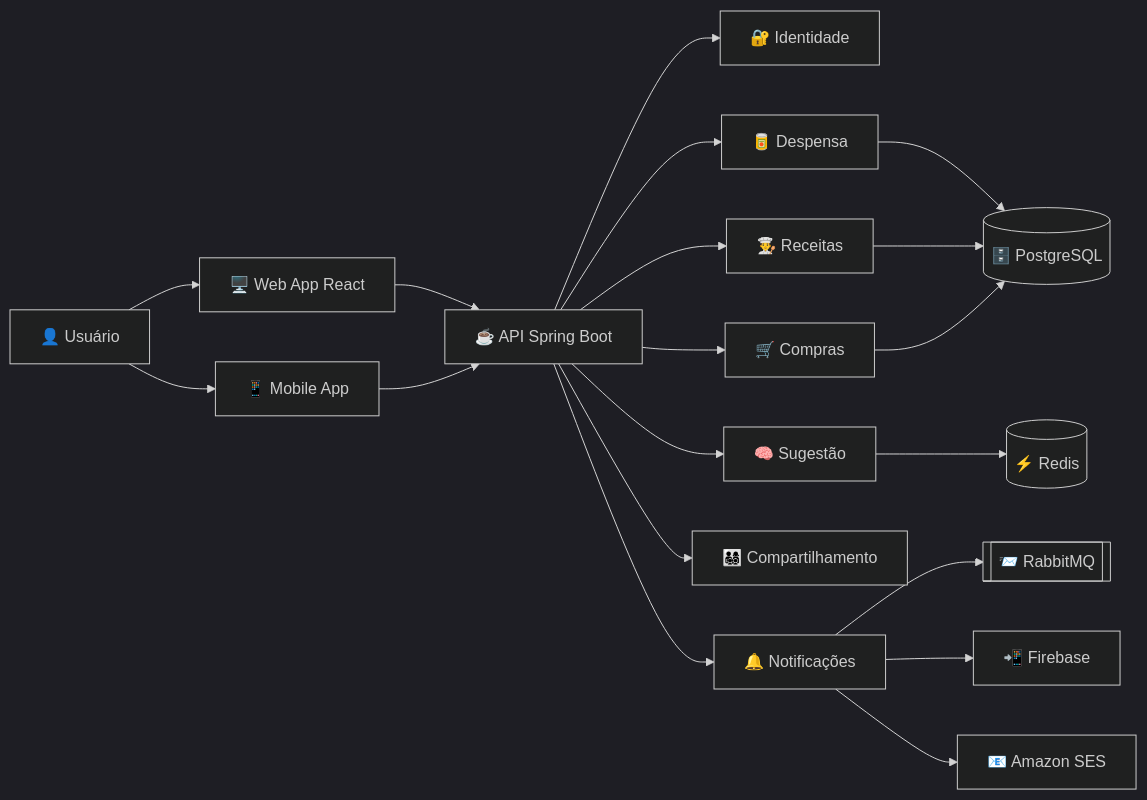
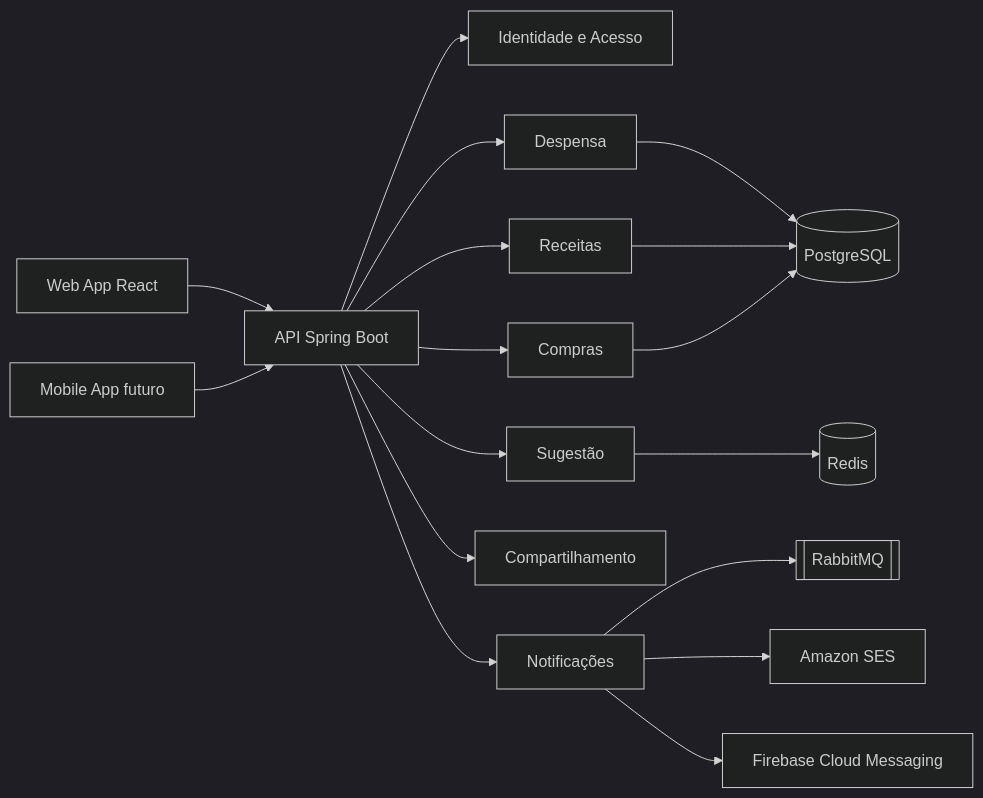
One commit to Pedroh26ES/FoodStack-Arquitetura changed the first of 3 diagrams in README.md. Above: the diagram before and after it, drawn with Mermaid (dark theme). The commit also changed other lines of this file, not shown here.

````diff
--- a/README.md
+++ b/README.md
@@ -347,21 +374,19 @@
 ```mermaid
 flowchart LR
-    U[👤 Usuário] --> FE[🖥️ Web App React]
-    U --> APP[📱 Mobile App]
-    FE --> API[☕ API Spring Boot]
-    APP --> API
-    API --> AUTH[🔐 Identidade]
-    API --> PANTRY[🥫 Despensa]
-    API --> RECIPE[👨‍🍳 Receitas]
-    API --> SUGGEST[🧠 Sugestão]
-    API --> SHOP[🛒 Compras]
-    API --> SHARE[👨‍👩‍👧‍👦 Compartilhamento]
-    API --> NOTIF[🔔 Notificações]
-    PANTRY --> DB[(🗄️ PostgreSQL)]
-    RECIPE --> DB
-    SHOP --> DB
-    SUGGEST --> CACHE[(⚡ Redis)]
-    NOTIF --> MQ[[📨 RabbitMQ]]
-    NOTIF --> PUSH[📲 Firebase]
-    NOTIF --> MAIL[📧 Amazon SES]
+    Web[Web App React] --> API[API Spring Boot]
+    Mobile[Mobile App futuro] --> API
+    API --> Auth[Identidade e Acesso]
+    API --> Pantry[Despensa]
+    API --> Recipe[Receitas]
+    API --> Suggestion[Sugestão]
+    API --> Shopping[Compras]
+    API --> Sharing[Compartilhamento]
+    API --> Notification[Notificações]
+    Pantry --> DB[(PostgreSQL)]
+    Recipe --> DB
+    Shopping --> DB
+    Suggestion --> Cache[(Redis)]
+    Notification --> Queue[[RabbitMQ]]
+    Notification --> Email[Amazon SES]
+    Notification --> Push[Firebase Cloud Messaging]
 ```
````
